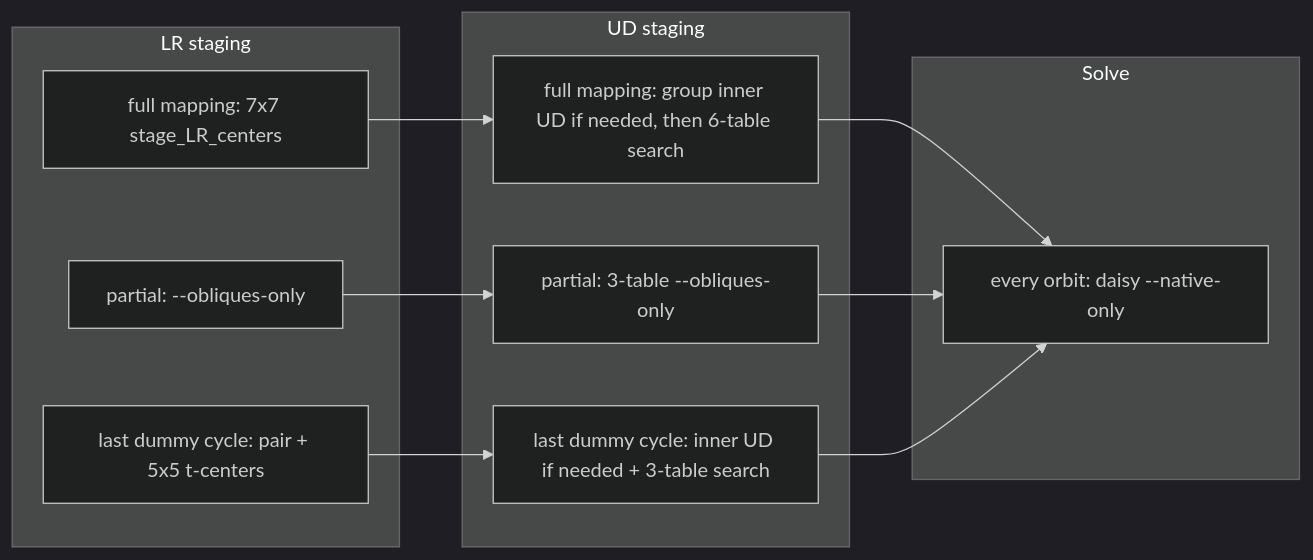
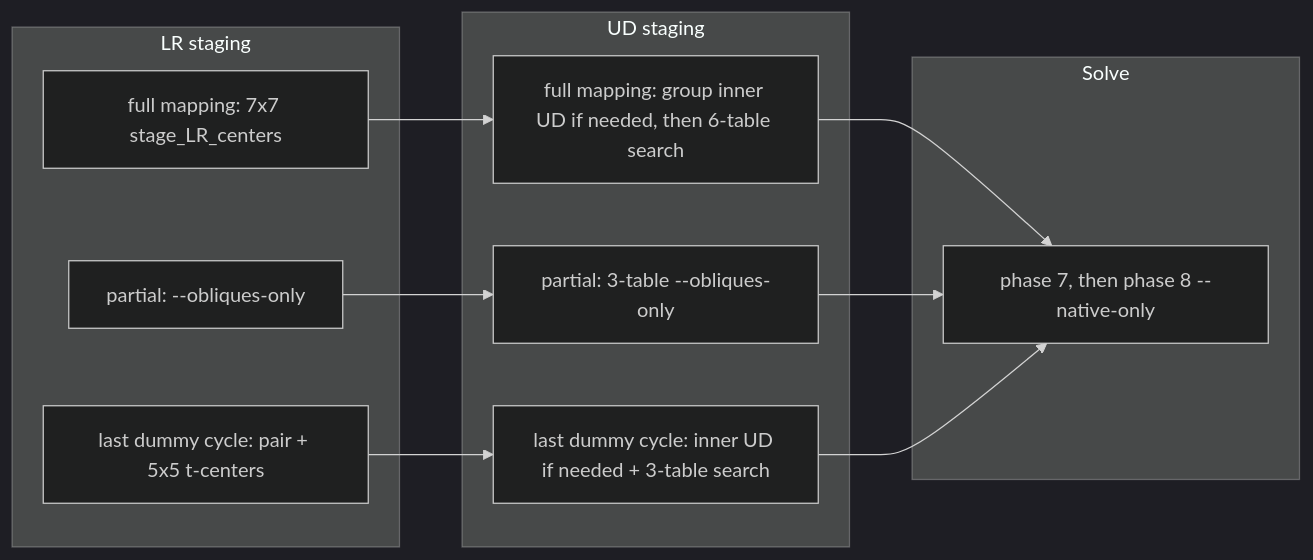
One commit to dwalton76/rubiks-cube-NxNxN-solver changed the second of 2 diagrams in AGENTS.md. Above: the diagram before and after it, drawn with Mermaid (dark theme). The commit also changed other lines of this file and 8 other files, not shown here.

````diff
--- a/AGENTS.md
+++ b/AGENTS.md
@@ -149,22 +147,22 @@
 ```mermaid
 flowchart LR
   subgraph lr [LR staging]
     LRfull["full mapping: 7x7 stage_LR_centers"]
     LRpair["partial: --obliques-only"]
     LRt["last dummy cycle: pair + 5x5 t-centers"]
   end
   subgraph ud [UD staging]
     UDfull["full mapping: group inner UD if needed, then 6-table search"]
     UDpair["partial: 3-table --obliques-only"]
     UDt["last dummy cycle: inner UD if needed + 3-table search"]
   end
   subgraph sol [Solve]
-    native["every orbit: daisy --native-only"]
+    native["phase 7, then phase 8 --native-only"]
   end
   LRfull --> UDfull
   LRpair --> UDpair
   LRt --> UDt
   UDfull --> native
   UDpair --> native
   UDt --> native
 ```
````
